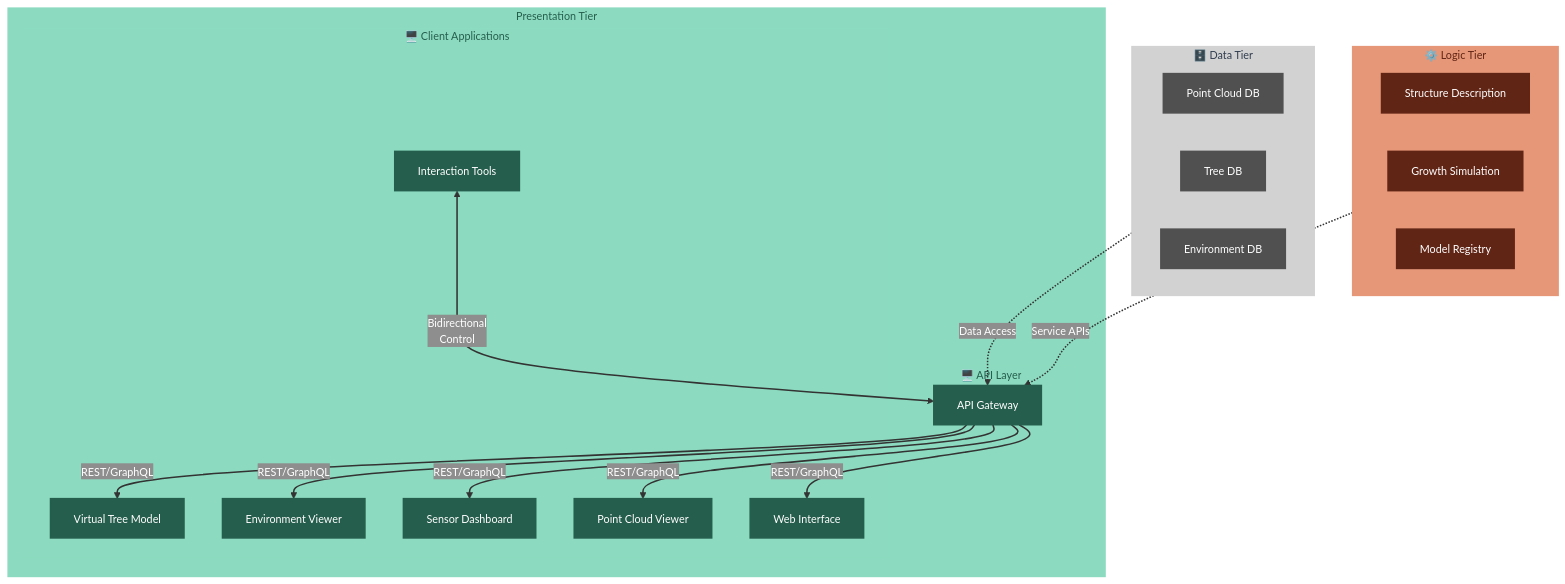
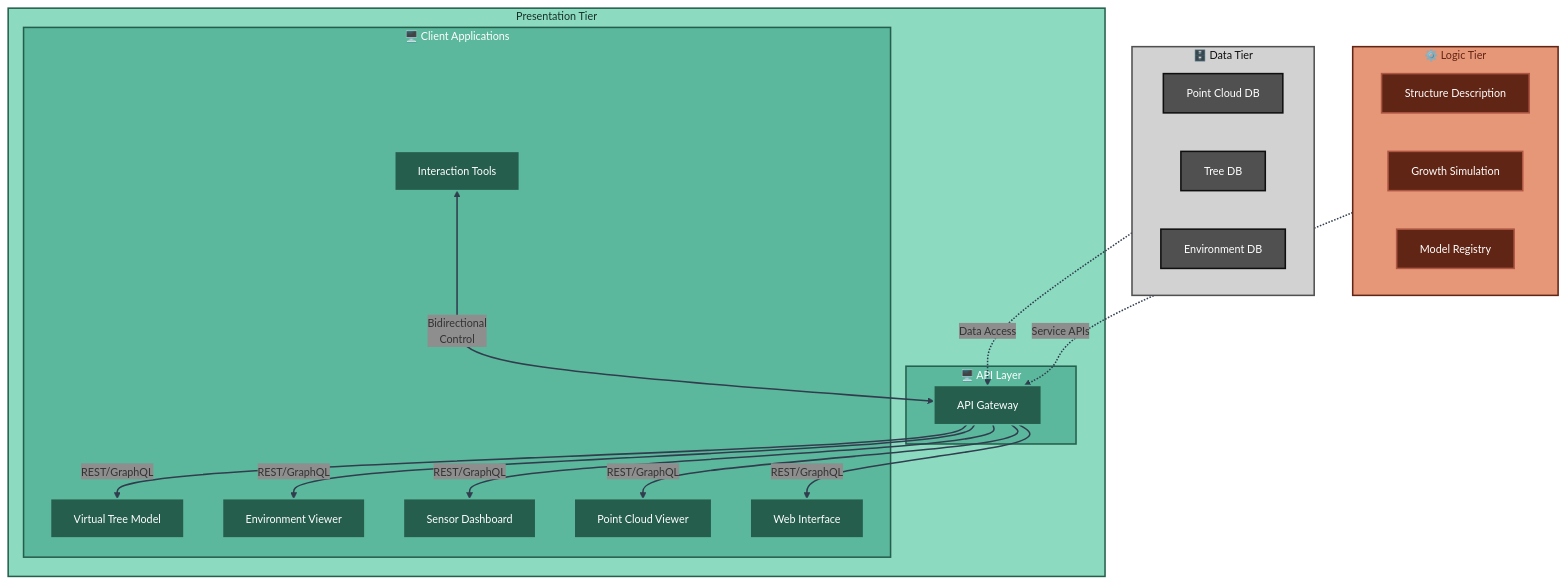
The fourth of 4 diagrams in docs/architecture/detailed-architecture.md (XRFutureForests/digital-twin-db), drawn with Mermaid before and after one commit. The commit also changed other lines of this file and 13 other files, not shown here.

````diff
--- a/docs/architecture/detailed-architecture.md
+++ b/docs/architecture/detailed-architecture.md
@@ -354,65 +362,65 @@
 ```mermaid
 %%{
 init: {
 'theme': 'base',
 'themeVariables': {
 'fontSize': '14px',
 'secondaryColor': '#8e8e8e'
 }
 }
 }%%
 flowchart TB
 subgraph DATA_REF["🗄️ Data Tier"]
 DB1[Point Cloud DB]
 DB2[Tree DB]
 DB3[Environment DB]
 end
 
 subgraph LOGIC_REF["⚙️ Logic Tier"]
 DT1[Structure Description]
 DT2[Growth Simulation]
 MR[Model Registry]
 end
 
 subgraph PRESENTATION_TIER["Presentation Tier"]
 subgraph GATEWAY["🖥️ API Layer"]
 APIGW[API Gateway]
 end
 
 subgraph CLIENTS["🖥️ Client Applications"]
 XR1[Virtual Tree Model]
 XR2[Environment Viewer]
 XR3[Sensor Dashboard]
 XR4[Point Cloud Viewer]
 W1[Web Interface]
 I1[Interaction Tools]
 end
 end
 
 DATA_REF -.->|Data Access| APIGW
 LOGIC_REF -.->|Service APIs| APIGW
 APIGW -->|REST/GraphQL| XR1
 APIGW -->|REST/GraphQL| XR2
 APIGW -->|REST/GraphQL| XR3
 APIGW -->|REST/GraphQL| XR4
 APIGW -->|REST/GraphQL| W1
 I1 <-->|Bidirectional<br/>Control| APIGW
 
-classDef presentationBack fill:#8cdbc0,stroke:#8cdbc0,stroke-width:2px,color:#265e4d
-classDef dataTier fill:#d2d2d2,stroke:#d2d2d2,stroke-width:2px,color:#313d4f
-classDef logicTier fill:#e59778,stroke:#e59778,stroke-width:2px,color:#612515
-classDef presentationTier fill:#8cdbc0,stroke:#8cdbc0,stroke-width:2px,color:#265e4d
-classDef dataNode fill:#505050,stroke:#505050,stroke-width:2px,color:#ffffff
-classDef logicNode fill:#612515,stroke:#612515,stroke-width:2px,color:#ffffff
-classDef presentationNode fill:#265e4d,stroke:#265e4d,stroke-width:2px,color:#ffffff
+classDef presentationBack fill:#8cdbc0,stroke:#265e4d,stroke-width:2px,color:#183029
+classDef dataTier fill:#d2d2d2,stroke:#505050,stroke-width:2px,color:#0f0f0f
+classDef logicTier fill:#e59778,stroke:#612515,stroke-width:2px,color:#612515
+classDef presentationTier fill:#5cb89c,stroke:#265e4d,stroke-width:2px,color:#ffffff
+classDef dataNode fill:#505050,stroke:#0f0f0f,stroke-width:2px,color:#ffffff
+classDef logicNode fill:#612515,stroke:#ad5643,stroke-width:2px,color:#ffffff
+classDef presentationNode fill:#265e4d,stroke:#5cb89c,stroke-width:2px,color:#ffffff
 
 class PRESENTATION_TIER presentationBack
 class DATA_REF dataTier
 class DB1,DB2,DB3 dataNode
 class LOGIC_REF logicTier
 class DT1,DT2,MR logicNode
 class GATEWAY,CLIENTS presentationTier
 class APIGW,XR1,XR2,XR3,XR4,W1,I1 presentationNode
 
-linkStyle 0,1,2,3,4,5,6,7 stroke:#333333,stroke-width:2px,color:#ffffff
+linkStyle 0,1,2,3,4,5,6,7 stroke:#313d4f,stroke-width:2px
 ```
````
